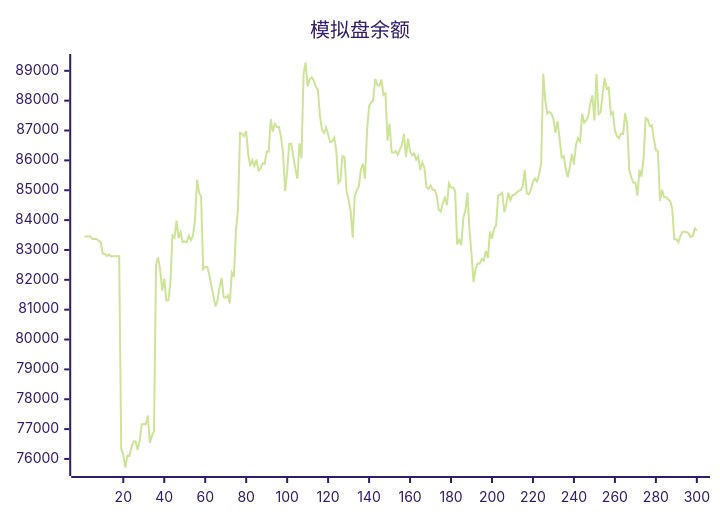
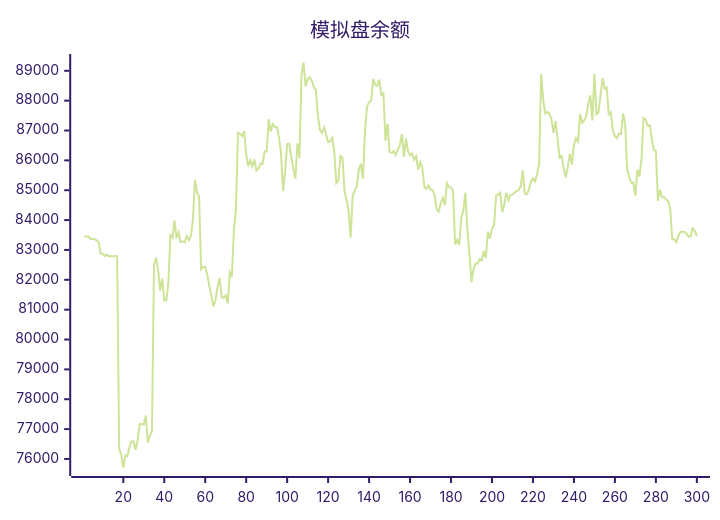
One commit to aahl/ai-trading changed the diagram in README.md. Above: the diagram before and after it, drawn with Mermaid (forest theme). The commit also changed other lines of this file and 1 other file, not shown here.

````diff
--- a/README.md
+++ b/README.md
@@ -5,5 +5,5 @@
 ```mermaid
 xychart
     title "模拟盘余额"
-    line [83448,83447,83448,83449,83369,83369,83369,83313,83256,82872,82873,82801,82844,82785,82791,82791,82793,82794,76339,76145,75714,76110,76096,76397,76594,76585,76310,76607,77160,77170,77160,77456,76541,76774,76927,82520,82744,82337,81639,82040,81307,81314,81887,83490,83414,83984,83396,83594,83261,83287,83253,83470,83327,83465,83987,85348,84930,84786,82355,82433,82438,82167,81795,81466,81105,81315,81756,82064,81426,81398,81481,81210,82242,82099,83658,84359,86925,86892,86814,86980,86203,85802,86003,85811,86028,85657,85721,85896,85880,86300,86299,87378,86965,87214,87115,87118,86780,86238,84966,85623,86555,86562,86129,85722,85387,86569,86070,88870,89278,88477,88720,88781,88668,88467,88372,87493,87018,86917,87102,86870,86613,86644,86758,86317,85242,85334,86149,86106,84968,84671,84302,83410,84816,85001,85127,85693,85891,85384,87001,87811,87945,88007,88734,88528,88495,88705,88189,88248,86662,87234,86279,86251,86314,86177,86364,86503,86886,86114,86731,86310,86176,86240,86017,86136,85685,85938,85749,85111,85044,85164,85016,85008,84824,84354,84287,84572,84745,84500,85234,85096,85095,84970,83180,83338,83157,84070,84309,84922,83667,82850,81924,82369,82552,82539,82695,82648,82962,82728,83619,83378,83710,83825,84819,84854,84917,84265,84527,84919,84668,84834,84850,84916,84981,85004,85131,85674,84891,84864,85019,85284,85393,85294,85538,85894,88904,88012,87567,87625,87568,87386,86920,87313,86737,86094,86143,85725,85437,85787,86219,85859,86526,86740,86630,87563,87264,87335,87483,87886,88180,87335,88894,87544,87608,88207,88755,88401,88444,87543,87608,87000,86810,86740,86894,86884,87576,87209,85686,85435,85251,85255,84820,85689,85453,86066,87420,87373,87161,87178,86740,86341,86315,84643,85012,84772,84768,84690,84635,84376,83360,83357,83259,83474,83608,83606,83602,83548,83440,83454,83724,83644]
+    line [83447,83448,83449,83369,83369,83369,83313,83256,82872,82873,82801,82844,82785,82791,82791,82793,82794,76339,76145,75714,76110,76096,76397,76594,76585,76310,76607,77160,77170,77160,77456,76541,76774,76927,82520,82744,82337,81639,82040,81307,81314,81887,83490,83414,83984,83396,83594,83261,83287,83253,83470,83327,83465,83987,85348,84930,84786,82355,82433,82438,82167,81795,81466,81105,81315,81756,82064,81426,81398,81481,81210,82242,82099,83658,84359,86925,86892,86814,86980,86203,85802,86003,85811,86028,85657,85721,85896,85880,86300,86299,87378,86965,87214,87115,87118,86780,86238,84966,85623,86555,86562,86129,85722,85387,86569,86070,88870,89278,88477,88720,88781,88668,88467,88372,87493,87018,86917,87102,86870,86613,86644,86758,86317,85242,85334,86149,86106,84968,84671,84302,83410,84816,85001,85127,85693,85891,85384,87001,87811,87945,88007,88734,88528,88495,88705,88189,88248,86662,87234,86279,86251,86314,86177,86364,86503,86886,86114,86731,86310,86176,86240,86017,86136,85685,85938,85749,85111,85044,85164,85016,85008,84824,84354,84287,84572,84745,84500,85234,85096,85095,84970,83180,83338,83157,84070,84309,84922,83667,82850,81924,82369,82552,82539,82695,82648,82962,82728,83619,83378,83710,83825,84819,84854,84917,84265,84527,84919,84668,84834,84850,84916,84981,85004,85131,85674,84891,84864,85019,85284,85393,85294,85538,85894,88904,88012,87567,87625,87568,87386,86920,87313,86737,86094,86143,85725,85437,85787,86219,85859,86526,86740,86630,87563,87264,87335,87483,87886,88180,87335,88894,87544,87608,88207,88755,88401,88444,87543,87608,87000,86810,86740,86894,86884,87576,87209,85686,85435,85251,85255,84820,85689,85453,86066,87420,87373,87161,87178,86740,86341,86315,84643,85012,84772,84768,84690,84635,84376,83360,83357,83259,83474,83608,83606,83602,83548,83440,83454,83724,83644,83464]
 ```
````
